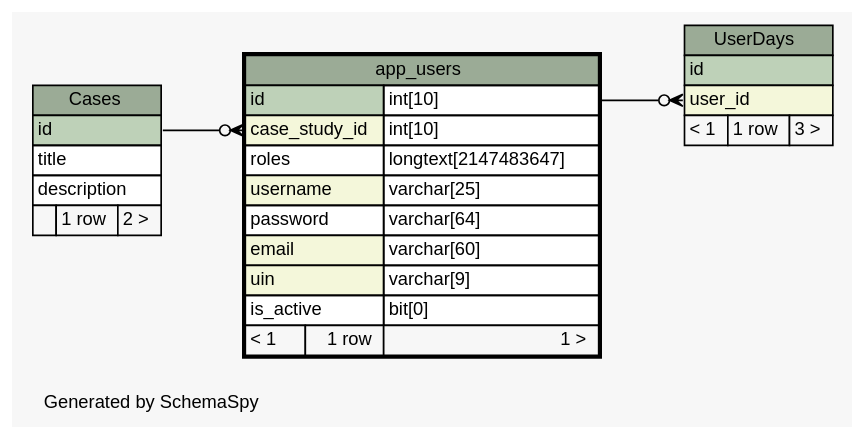
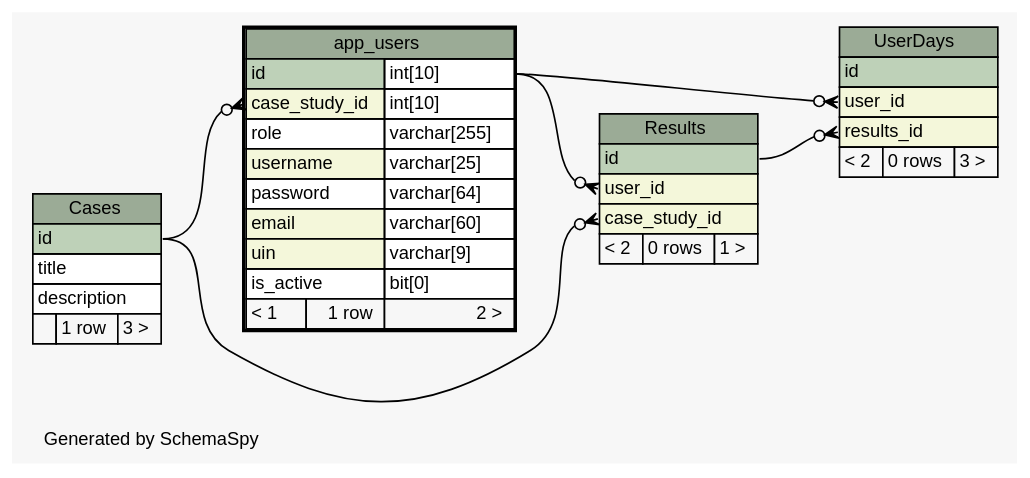
Before and after one commit to carrel2/CaseStudies: the diagram in web/files/schema/diagrams/app_users.1degree.dot, drawn with Graphviz. The commit also changed 175 other files, not shown here.

Commit message:
Create Results object to store completed cases in the database

```diff
--- a/web/files/schema/diagrams/app_users.1degree.dot
+++ b/web/files/schema/diagrams/app_users.1degree.dot
@@ -1,64 +1,80 @@
-// dot 2.38.0 on Linux 4.4.0-64-generic
+// dot 2.38.0 on Linux 4.4.0-66-generic
 // SchemaSpy rev 590
 digraph "oneDegreeRelationshipsDiagram" {
   graph [
     rankdir="RL"
     bgcolor="#f7f7f7"
     label="\nGenerated by SchemaSpy"
     labeljust="l"
     nodesep="0.18"
     ranksep="0.46"
     fontname="Helvetica"
     fontsize="11"
   ];
   node [
     fontname="Helvetica"
     fontsize="11"
     shape="plaintext"
   ];
   edge [
     arrowsize="0.8"
   ];
   "app_users":"case_study_id":w -> "Cases":"id":e [arrowhead=none dir=back arrowtail=crowodot];
+  "Results":"case_study_id":w -> "Cases":"id":e [arrowhead=none dir=back arrowtail=crowodot];
+  "Results":"user_id":w -> "app_users":"id.type":e [arrowhead=none dir=back arrowtail=crowodot];
+  "UserDays":"results_id":w -> "Results":"id":e [arrowhead=none dir=back arrowtail=crowodot];
   "UserDays":"user_id":w -> "app_users":"id.type":e [arrowhead=none dir=back arrowtail=crowodot];
   "app_users" [
     label=<
     <TABLE BORDER="2" CELLBORDER="1" CELLSPACING="0" BGCOLOR="#ffffff">
       <TR><TD COLSPAN="3" BGCOLOR="#9bab96" ALIGN="CENTER">app_users</TD></TR>
       <TR><TD PORT="id" COLSPAN="2" BGCOLOR="#bed1b8" ALIGN="LEFT">id</TD><TD PORT="id.type" ALIGN="LEFT">int[10]</TD></TR>
       <TR><TD PORT="case_study_id" COLSPAN="2" BGCOLOR="#f4f7da" ALIGN="LEFT">case_study_id</TD><TD PORT="case_study_id.type" ALIGN="LEFT">int[10]</TD></TR>
-      <TR><TD PORT="roles" COLSPAN="2" ALIGN="LEFT">roles</TD><TD PORT="roles.type" ALIGN="LEFT">longtext[2147483647]</TD></TR>
+      <TR><TD PORT="role" COLSPAN="2" ALIGN="LEFT">role</TD><TD PORT="role.type" ALIGN="LEFT">varchar[255]</TD></TR>
       <TR><TD PORT="username" COLSPAN="2" BGCOLOR="#f4f7da" ALIGN="LEFT">username</TD><TD PORT="username.type" ALIGN="LEFT">varchar[25]</TD></TR>
       <TR><TD PORT="password" COLSPAN="2" ALIGN="LEFT">password</TD><TD PORT="password.type" ALIGN="LEFT">varchar[64]</TD></TR>
       <TR><TD PORT="email" COLSPAN="2" BGCOLOR="#f4f7da" ALIGN="LEFT">email</TD><TD PORT="email.type" ALIGN="LEFT">varchar[60]</TD></TR>
       <TR><TD PORT="uin" COLSPAN="2" BGCOLOR="#f4f7da" ALIGN="LEFT">uin</TD><TD PORT="uin.type" ALIGN="LEFT">varchar[9]</TD></TR>
       <TR><TD PORT="is_active" COLSPAN="2" ALIGN="LEFT">is_active</TD><TD PORT="is_active.type" ALIGN="LEFT">bit[0]</TD></TR>
-      <TR><TD ALIGN="LEFT" BGCOLOR="#f7f7f7">&lt; 1</TD><TD ALIGN="RIGHT" BGCOLOR="#f7f7f7">1 row</TD><TD ALIGN="RIGHT" BGCOLOR="#f7f7f7">1 &gt;</TD></TR>
+      <TR><TD ALIGN="LEFT" BGCOLOR="#f7f7f7">&lt; 1</TD><TD ALIGN="RIGHT" BGCOLOR="#f7f7f7">1 row</TD><TD ALIGN="RIGHT" BGCOLOR="#f7f7f7">2 &gt;</TD></TR>
     </TABLE>>
     URL="app_users.html"
     tooltip="app_users"
   ];
   "Cases" [
     label=<
     <TABLE BORDER="0" CELLBORDER="1" CELLSPACING="0" BGCOLOR="#ffffff">
       <TR><TD COLSPAN="3" BGCOLOR="#9bab96" ALIGN="CENTER">Cases</TD></TR>
       <TR><TD PORT="id" COLSPAN="3" BGCOLOR="#bed1b8" ALIGN="LEFT">id</TD></TR>
       <TR><TD PORT="title" COLSPAN="3" ALIGN="LEFT">title</TD></TR>
       <TR><TD PORT="description" COLSPAN="3" ALIGN="LEFT">description</TD></TR>
-      <TR><TD ALIGN="LEFT" BGCOLOR="#f7f7f7">  </TD><TD ALIGN="RIGHT" BGCOLOR="#f7f7f7">1 row</TD><TD ALIGN="RIGHT" BGCOLOR="#f7f7f7">2 &gt;</TD></TR>
+      <TR><TD ALIGN="LEFT" BGCOLOR="#f7f7f7">  </TD><TD ALIGN="RIGHT" BGCOLOR="#f7f7f7">1 row</TD><TD ALIGN="RIGHT" BGCOLOR="#f7f7f7">3 &gt;</TD></TR>
     </TABLE>>
     URL="Cases.html"
     tooltip="Cases"
+  ];
+  "Results" [
+    label=<
+    <TABLE BORDER="0" CELLBORDER="1" CELLSPACING="0" BGCOLOR="#ffffff">
+      <TR><TD COLSPAN="3" BGCOLOR="#9bab96" ALIGN="CENTER">Results</TD></TR>
+      <TR><TD PORT="id" COLSPAN="3" BGCOLOR="#bed1b8" ALIGN="LEFT">id</TD></TR>
+      <TR><TD PORT="user_id" COLSPAN="3" BGCOLOR="#f4f7da" ALIGN="LEFT">user_id</TD></TR>
+      <TR><TD PORT="case_study_id" COLSPAN="3" BGCOLOR="#f4f7da" ALIGN="LEFT">case_study_id</TD></TR>
+      <TR><TD ALIGN="LEFT" BGCOLOR="#f7f7f7">&lt; 2</TD><TD ALIGN="RIGHT" BGCOLOR="#f7f7f7">0 rows</TD><TD ALIGN="RIGHT" BGCOLOR="#f7f7f7">1 &gt;</TD></TR>
+    </TABLE>>
+    URL="Results.html"
+    tooltip="Results"
   ];
   "UserDays" [
     label=<
     <TABLE BORDER="0" CELLBORDER="1" CELLSPACING="0" BGCOLOR="#ffffff">
       <TR><TD COLSPAN="3" BGCOLOR="#9bab96" ALIGN="CENTER">UserDays</TD></TR>
       <TR><TD PORT="id" COLSPAN="3" BGCOLOR="#bed1b8" ALIGN="LEFT">id</TD></TR>
       <TR><TD PORT="user_id" COLSPAN="3" BGCOLOR="#f4f7da" ALIGN="LEFT">user_id</TD></TR>
-      <TR><TD ALIGN="LEFT" BGCOLOR="#f7f7f7">&lt; 1</TD><TD ALIGN="RIGHT" BGCOLOR="#f7f7f7">1 row</TD><TD ALIGN="RIGHT" BGCOLOR="#f7f7f7">3 &gt;</TD></TR>
+      <TR><TD PORT="results_id" COLSPAN="3" BGCOLOR="#f4f7da" ALIGN="LEFT">results_id</TD></TR>
+      <TR><TD ALIGN="LEFT" BGCOLOR="#f7f7f7">&lt; 2</TD><TD ALIGN="RIGHT" BGCOLOR="#f7f7f7">0 rows</TD><TD ALIGN="RIGHT" BGCOLOR="#f7f7f7">3 &gt;</TD></TR>
     </TABLE>>
     URL="UserDays.html"
     tooltip="UserDays"
   ];
 }
```
